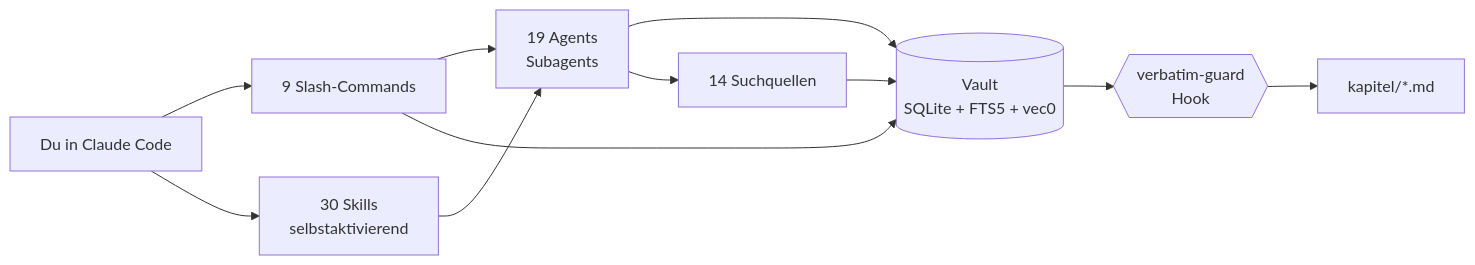
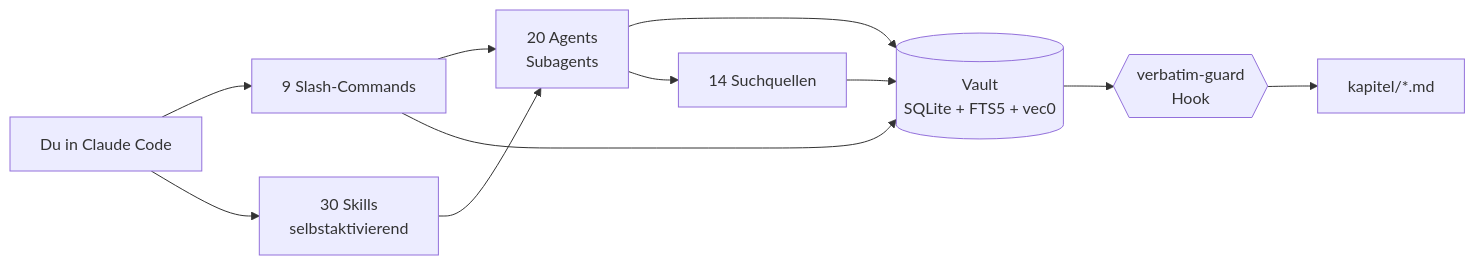
The diagram in README.md (ahlerjam/academic-research), drawn with Mermaid before and after one commit. The commit also changed other lines of this file and 11 other files, not shown here.

````diff
--- a/README.md
+++ b/README.md
@@ -76,13 +76,13 @@
 ```mermaid
 graph LR
     U[Du in Claude Code] --> C[9 Slash-Commands]
     U --> S[30 Skills<br/>selbstaktivierend]
-    C --> A[19 Agents<br/>Subagents]
+    C --> A[20 Agents<br/>Subagents]
     S --> A
     A --> V[(Vault<br/>SQLite + FTS5 + vec0)]
     C --> V
     A --> Q[14 Suchquellen]
     Q --> V
     V --> H{{verbatim-guard<br/>Hook}}
     H --> K[kapitel/*.md]
 ```
````
